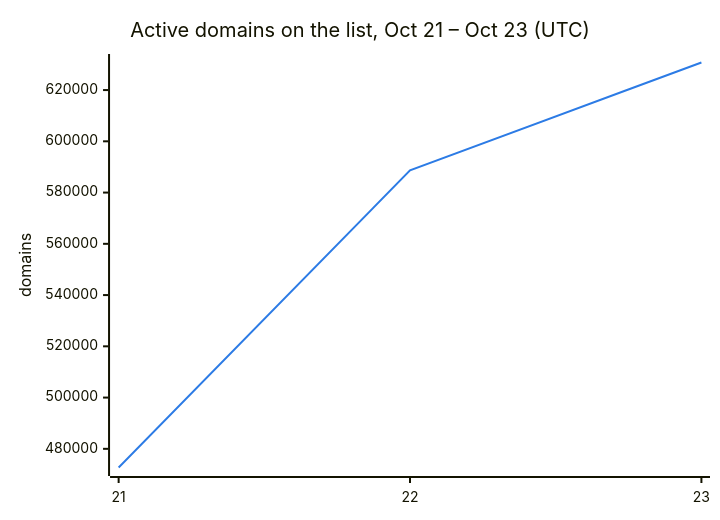
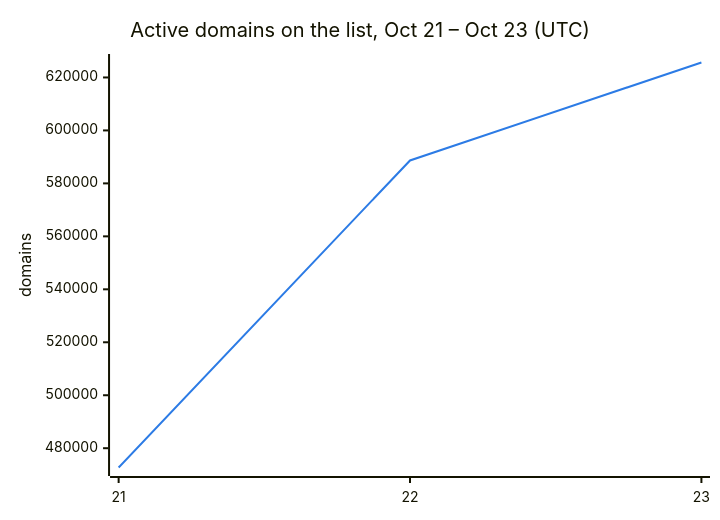
One commit to DNSBunker/CTI changed the second of 3 diagrams in README.md. Above: the diagram before and after it, drawn with Mermaid. The commit also changed other lines of this file and 3 other files, not shown here.

````diff
--- a/README.md
+++ b/README.md
@@ -38,8 +38,8 @@
 ```mermaid
 %%{init: {"themeVariables": {"xyChart": {"plotColorPalette": "#2c7be5"}}}}%%
 xychart-beta
     title "Active domains on the list, Oct 21 – Oct 23 (UTC)"
     x-axis ["21", "22", "23"]
     y-axis "domains"
-    line [472713, 588659, 630757]
+    line [472713, 588659, 625649]
 ```
````
